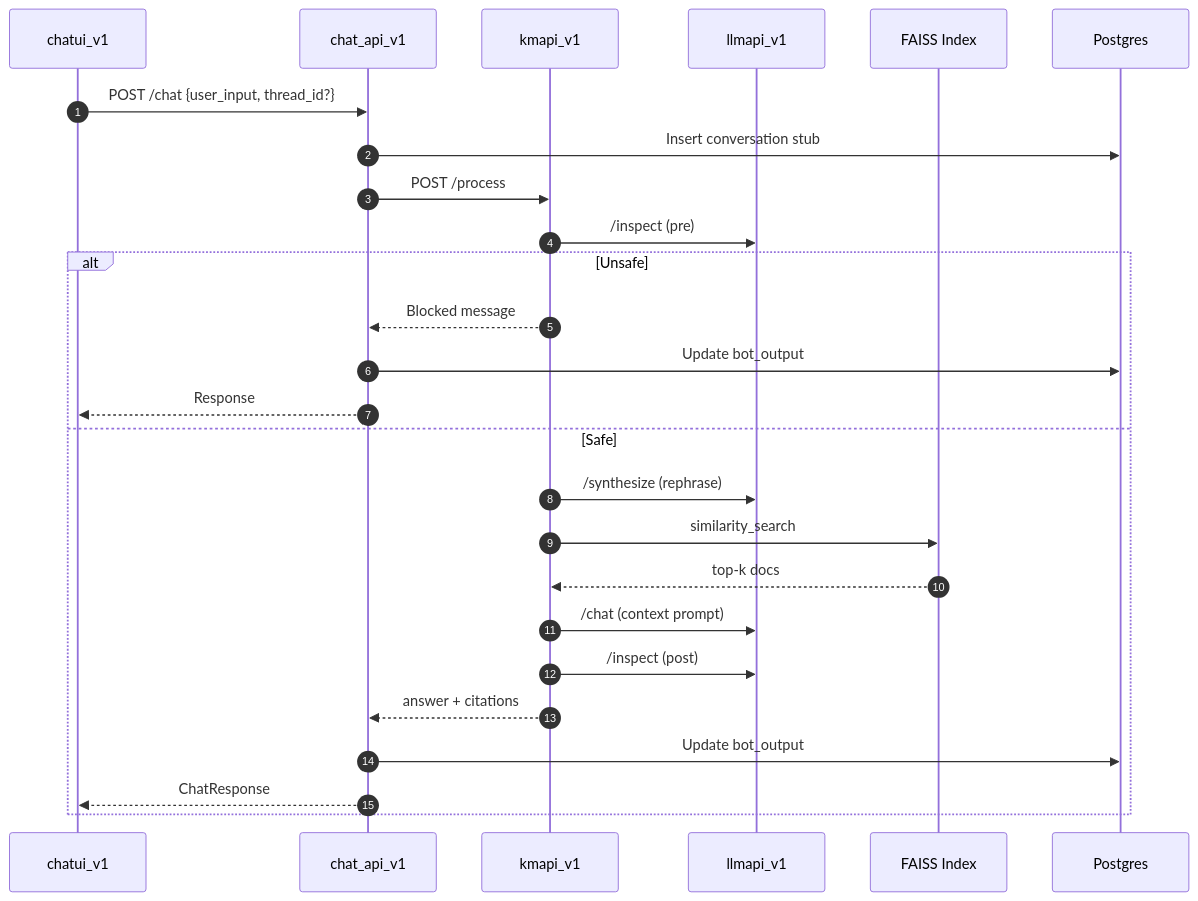
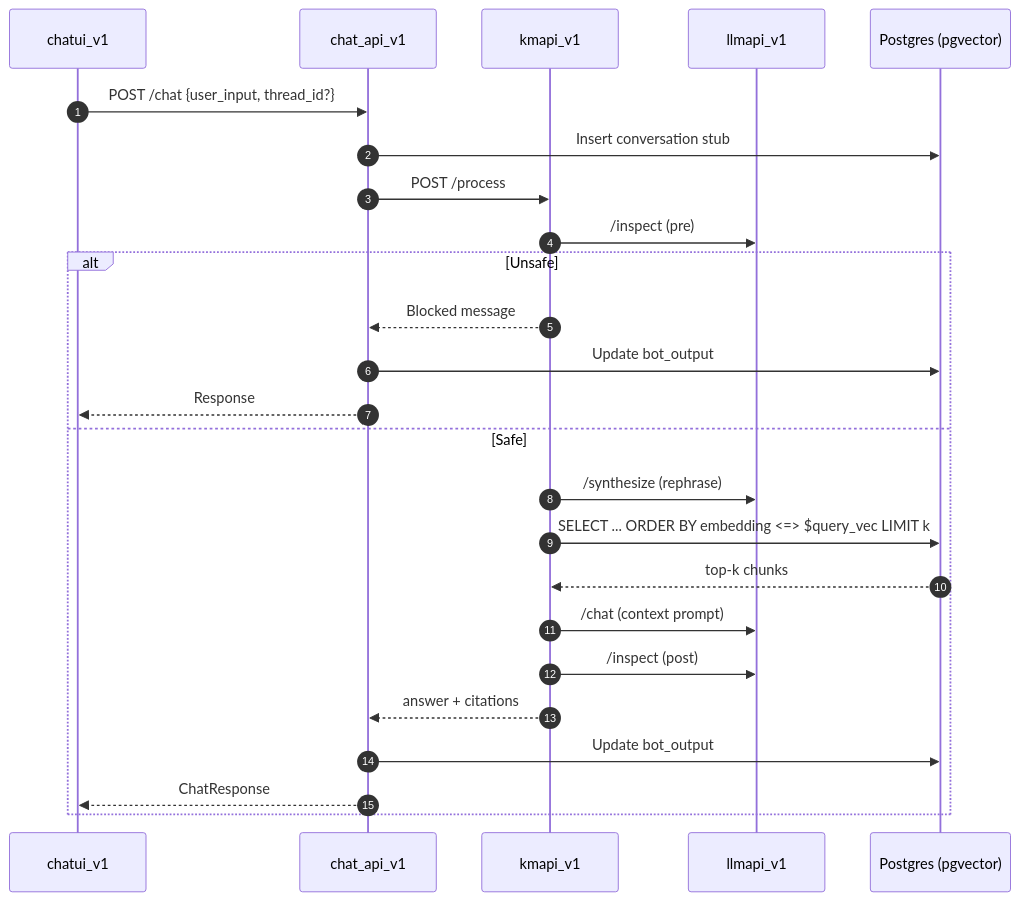
Before and after one commit to Abhi201-lab/chatbot__0: the fourth of 6 diagrams in chatbot_2/ARCHITECTURE.md, drawn with Mermaid. The commit also changed other lines of this file, not shown here.

Commit message:
Refactor architecture diagram to use pgvector

````diff
--- a/chatbot_2/ARCHITECTURE.md
+++ b/chatbot_2/ARCHITECTURE.md
@@ -89,29 +85,28 @@
 ```mermaid
 sequenceDiagram
     autonumber
     participant UI as chatui_v1
     participant CHAT as chat_api_v1
     participant KM as kmapi_v1
     participant LLM as llmapi_v1
-    participant FAISS as FAISS Index
-    participant PG as Postgres
+    participant PG as Postgres (pgvector)
 
     UI->>CHAT: POST /chat {user_input, thread_id?}
     CHAT->>PG: Insert conversation stub
     CHAT->>KM: POST /process
     KM->>LLM: /inspect (pre)
     alt Unsafe
         KM-->>CHAT: Blocked message
         CHAT->>PG: Update bot_output
         CHAT-->>UI: Response
     else Safe
         KM->>LLM: /synthesize (rephrase)
-        KM->>FAISS: similarity_search
-        FAISS-->>KM: top-k docs
+        KM->>PG: SELECT ... ORDER BY embedding <=> $query_vec LIMIT k
+        PG-->>KM: top-k chunks
         KM->>LLM: /chat (context prompt)
         KM->>LLM: /inspect (post)
         KM-->>CHAT: answer + citations
         CHAT->>PG: Update bot_output
         CHAT-->>UI: ChatResponse
     end
 ```
````
